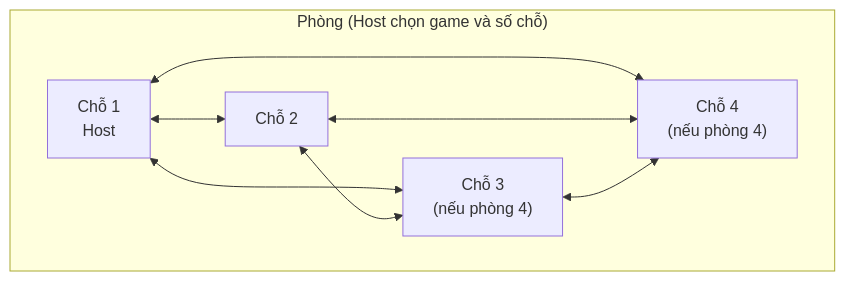
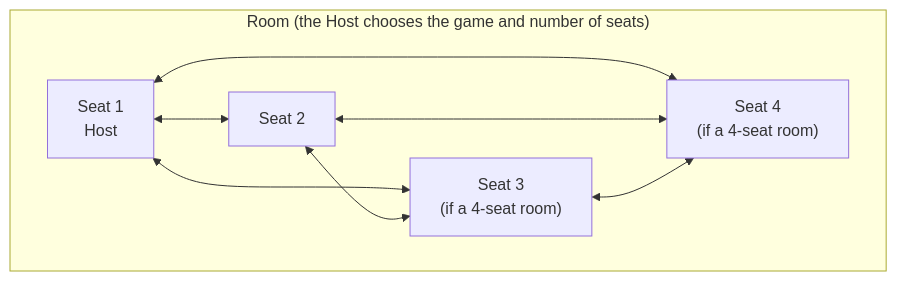
The eighth of 9 diagrams in docs/NETPLAY.md (vunguyenvu35/vuretro), drawn with Mermaid before and after one commit. The commit also changed other lines of this file, not shown here.

````diff
--- a/docs/NETPLAY.md
+++ b/docs/NETPLAY.md
@@ -523,16 +524,16 @@
 ```mermaid
 flowchart TB
-  subgraph ROOM["Phòng (Host chọn game và số chỗ)"]
+  subgraph ROOM["Room (the Host chooses the game and number of seats)"]
     direction LR
-    S1["Chỗ 1<br/>Host"]
-    S2["Chỗ 2"]
-    S3["Chỗ 3<br/>(nếu phòng 4)"]
-    S4["Chỗ 4<br/>(nếu phòng 4)"]
+    S1["Seat 1<br/>Host"]
+    S2["Seat 2"]
+    S3["Seat 3<br/>(if a 4-seat room)"]
+    S4["Seat 4<br/>(if a 4-seat room)"]
   end
   S1 <--> S2
   S1 <--> S3
   S1 <--> S4
   S2 <--> S3
   S2 <--> S4
   S3 <--> S4
 ```
````
